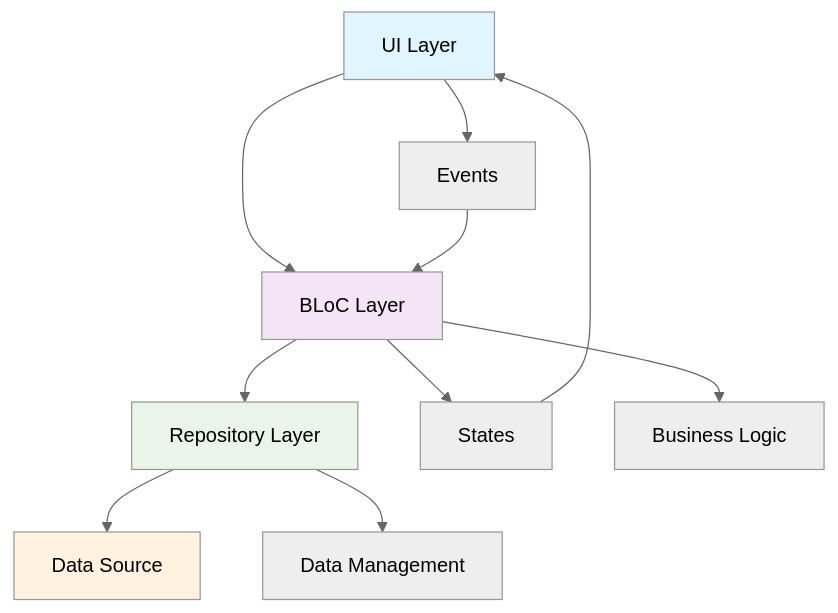
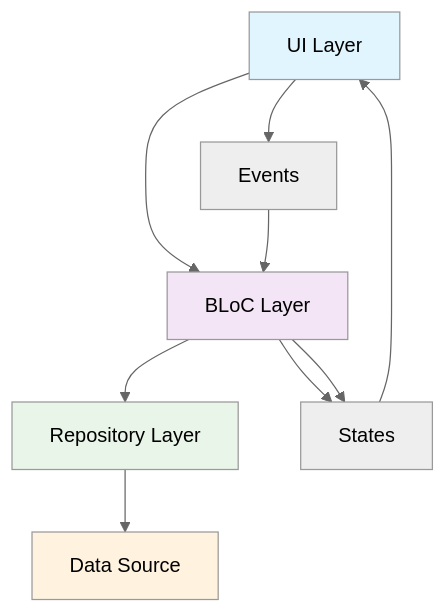
The first of 4 diagrams in README.md (mraj555/BlocLabs), drawn with Mermaid (neutral theme) before and after one commit. The commit also changed other lines of this file, not shown here.

````diff
--- a/README.md
+++ b/README.md
@@ -94,19 +102,17 @@
 ```mermaid
 graph TB
     A[UI Layer] --> B[BLoC Layer]
     B --> C[Repository Layer]
     C --> D[Data Source]
     
     A --> E[Events]
+    B --> F[States]
     E --> B
-    B --> F[States]
+    B --> F
     F --> A
-    
-    B --> G[Business Logic]
-    C --> H[Data Management]
     
     style A fill:#e1f5fe
     style B fill:#f3e5f5
     style C fill:#e8f5e8
     style D fill:#fff3e0
 ```
````
